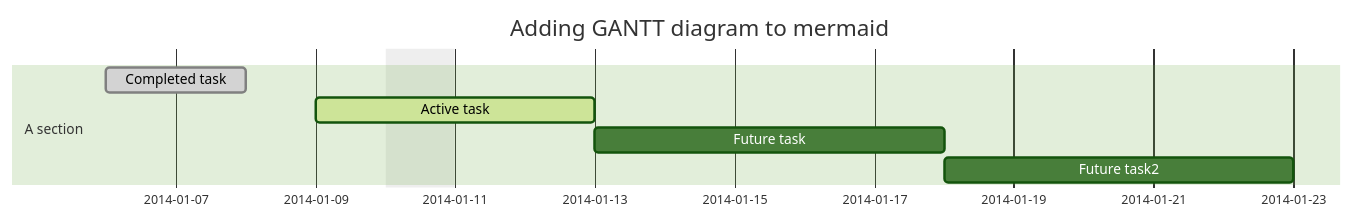
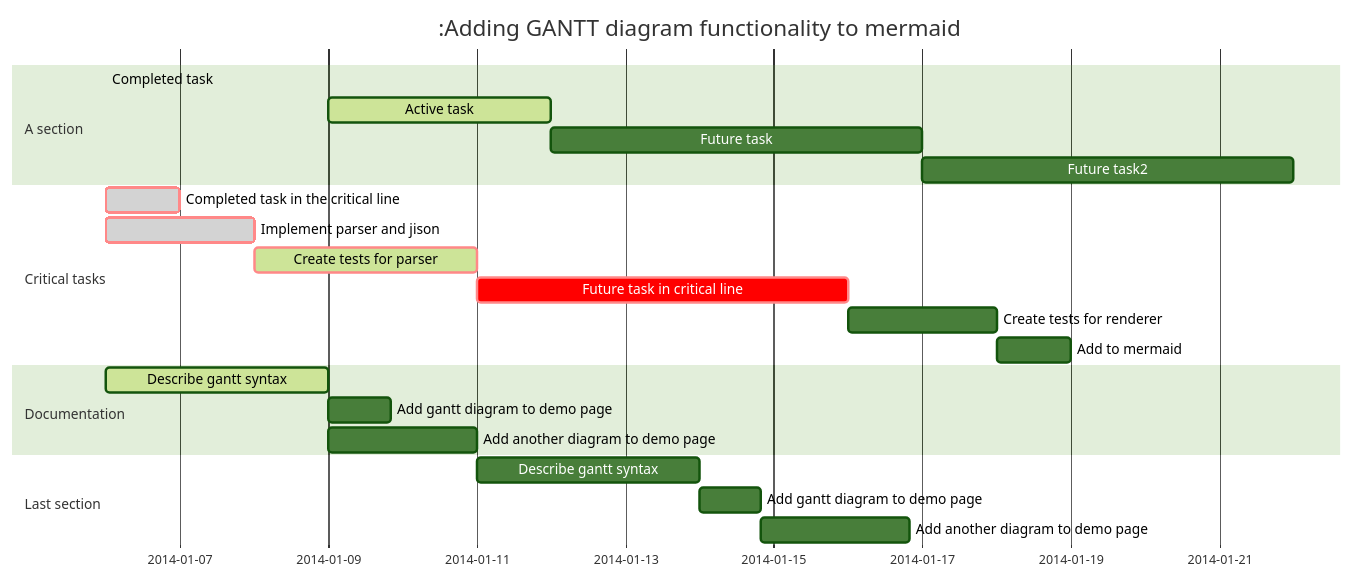
One commit to nextsummer33/letdoc changed the ninth of 12 diagrams in src/samples/mermaid.md. Above: the diagram before and after it, drawn with Mermaid (forest theme). The commit also changed other lines of this file and 6 other files, not shown here.

Commit message:
Fixed the mermaid all the css issues.

````diff
--- a/src/samples/mermaid.md
+++ b/src/samples/mermaid.md
@@ -39,12 +281,31 @@
 ```mermaid
 gantt
-dateFormat  YYYY-MM-DD
-title Adding GANTT diagram to mermaid
-excludes weekdays 2014-01-10
 
-section A section
-Completed task            :done,    des1, 2014-01-06,2014-01-08
-Active task               :active,  des2, 2014-01-09, 3d
-Future task               :         des3, after des2, 5d
-Future task2               :         des4, after des3, 5d
+
+       dateFormat                :YYYY-MM-DD
+       title                     :Adding GANTT diagram functionality to mermaid
+       excludes                  :excludes the named dates/days from being included in a charted task..
+       section A section
+       Completed task            :done,    des1, 2014-01-06,2014-01-08
+       Active task               :active,  des2, 2014-01-09, 3d
+       Future task               :         des3, after des2, 5d
+       Future task2              :         des4, after des3, 5d
+
+       section Critical tasks
+       Completed task in the critical line :crit, done, 2014-01-06,24h
+       Implement parser and jison          :crit, done, after des1, 2d
+       Create tests for parser             :crit, active, 3d
+       Future task in critical line        :crit, 5d
+       Create tests for renderer           :2d
+       Add to mermaid                      :1d
+
+       section Documentation
+       Describe gantt syntax               :active, a1, after des1, 3d
+       Add gantt diagram to demo page      :after a1  , 20h
+       Add another diagram to demo page    :doc1, after a1  , 48h
+
+       section Last section
+       Describe gantt syntax               :after doc1, 3d
+       Add gantt diagram to demo page      :20h
+       Add another diagram to demo page    :48h
 ```
````
